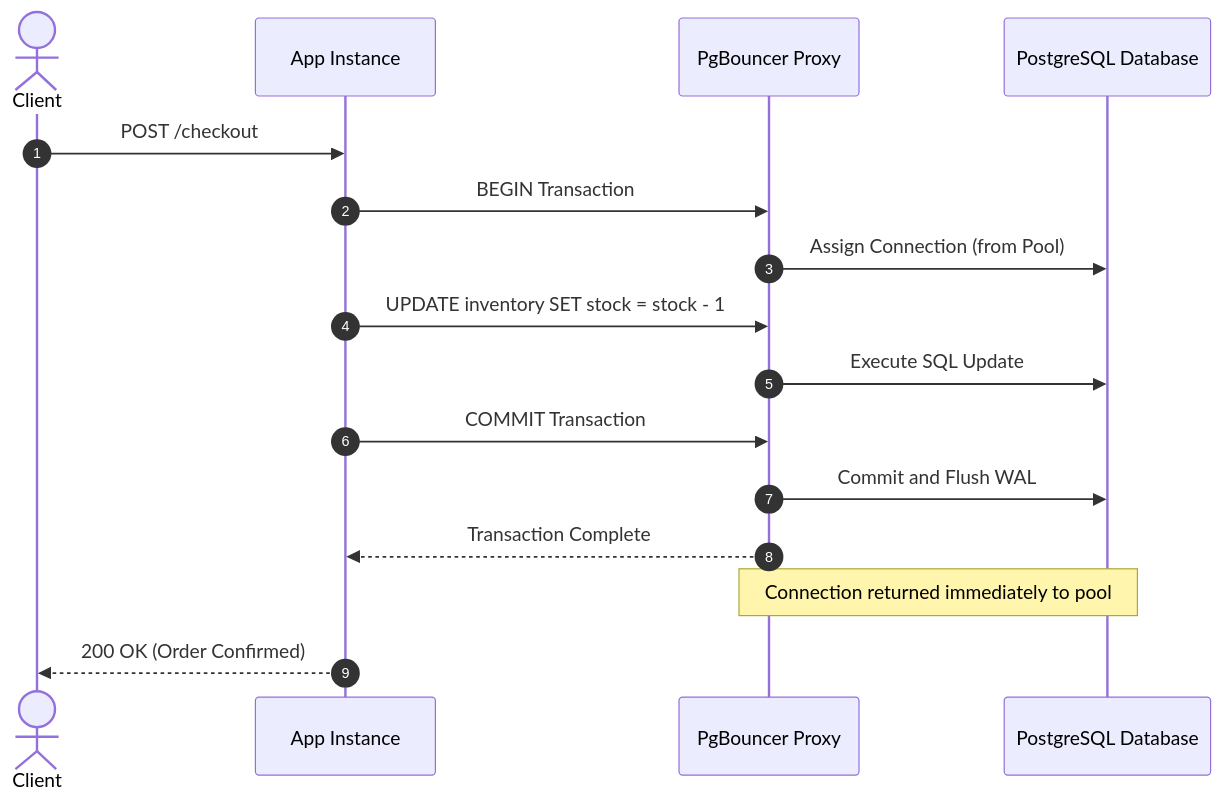
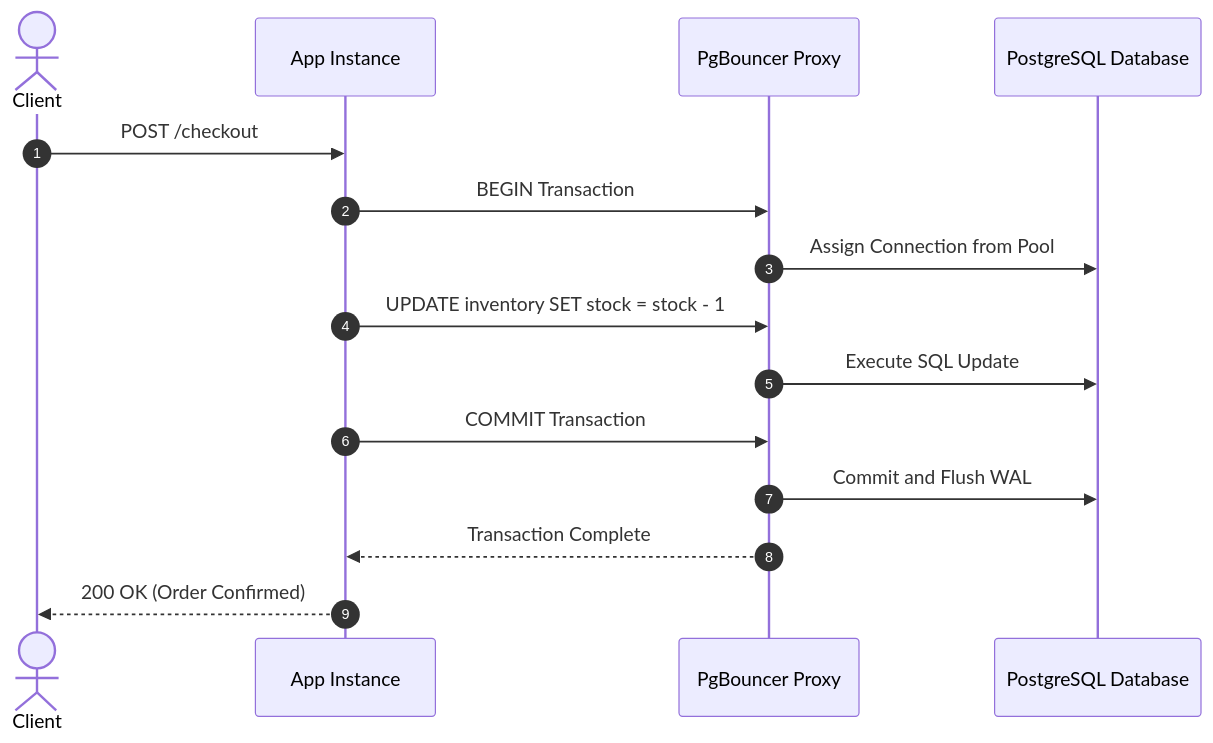
One commit to userhimanshuverma/30_Days_of_Building_Systems_That_Scale changed the fourth of 5 diagrams in days/phase-2-database-becomes-the-problem/day-06-app-scales-db-doesnt/README.md. Above: the diagram before and after it, drawn with Mermaid. The commit also changed other lines of this file, not shown here.

Commit message:
fix(docs): resolve Mermaid node ownership and cross-subgraph layout error in Diagram 2

````diff
--- a/days/phase-2-database-becomes-the-problem/day-06-app-scales-db-doesnt/README.md
+++ b/days/phase-2-database-becomes-the-problem/day-06-app-scales-db-doesnt/README.md
@@ -270,19 +276,18 @@
 ```mermaid
 sequenceDiagram
     autonumber
     actor Client
     participant App as App Instance
     participant Proxy as PgBouncer Proxy
     participant DB as PostgreSQL Database
 
     Client->>App: POST /checkout
     App->>Proxy: BEGIN Transaction
-    Proxy->>DB: Assign Connection (from Pool)
+    Proxy->>DB: Assign Connection from Pool
     App->>Proxy: UPDATE inventory SET stock = stock - 1
     Proxy->>DB: Execute SQL Update
     App->>Proxy: COMMIT Transaction
     Proxy->>DB: Commit and Flush WAL
     Proxy-->>App: Transaction Complete
-    Note over Proxy,DB: Connection returned immediately to pool
     App-->>Client: 200 OK (Order Confirmed)
 ```
````
